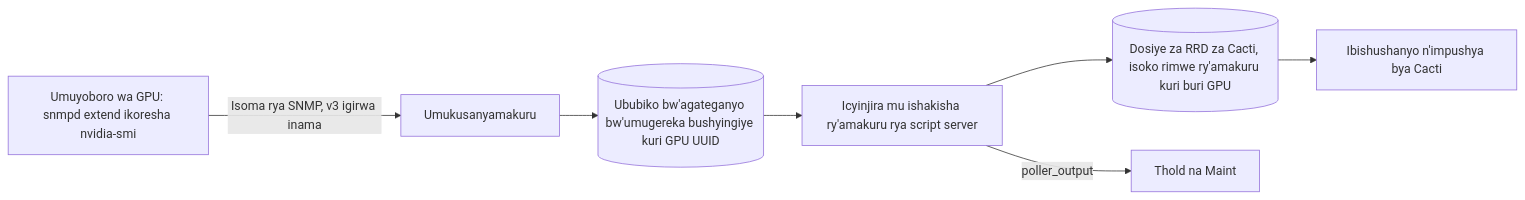
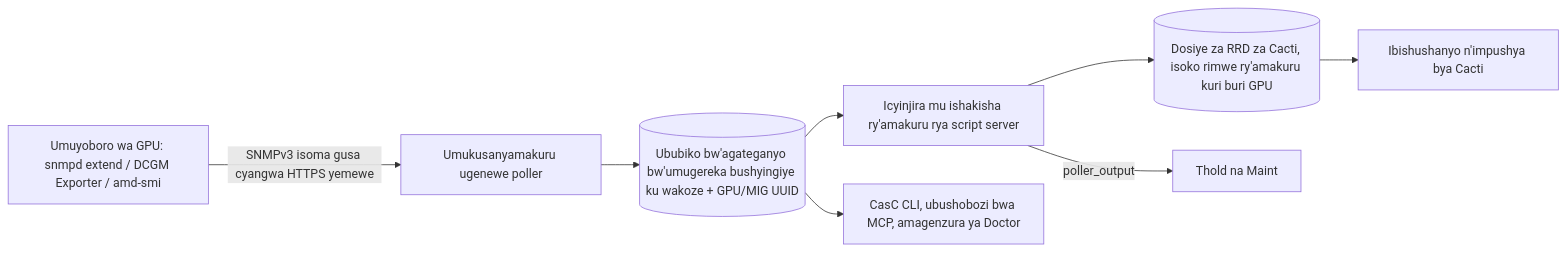
The diagram in docs/i18n/rw-RW/README.md (somethingwithproof/plugin_gpu), drawn with Mermaid before and after one commit. The commit also changed other lines of this file and 47 other files, not shown here.

````diff
--- a/docs/i18n/rw-RW/README.md
+++ b/docs/i18n/rw-RW/README.md
@@ -104,9 +104,10 @@
 ```mermaid
 flowchart LR
-    NODE[Umuyoboro wa GPU: snmpd extend ikoresha nvidia-smi] -->|Isoma rya SNMP, v3 igirwa inama| C[Umukusanyamakuru]
-    C --> CACHE[(Ububiko bw'agateganyo bw'umugereka bushyingiye kuri GPU UUID)]
+    NODE["Umuyoboro wa GPU: snmpd extend / DCGM Exporter / amd-smi"] -->|SNMPv3 isoma gusa cyangwa HTTPS yemewe| C[Umukusanyamakuru ugenewe poller]
+    C --> CACHE[(Ububiko bw'agateganyo bw'umugereka bushyingiye ku wakoze + GPU/MIG UUID)]
     CACHE --> SS[Icyinjira mu ishakisha ry'amakuru rya script server]
+    CACHE --> ECO[CasC CLI, ubushobozi bwa MCP, amagenzura ya Doctor]
     SS --> RRD[(Dosiye za RRD za Cacti, isoko rimwe ry'amakuru kuri buri GPU)]
     SS -->|poller_output| T[Thold na Maint]
     RRD --> G[Ibishushanyo n'impushya bya Cacti]
 ```
````
